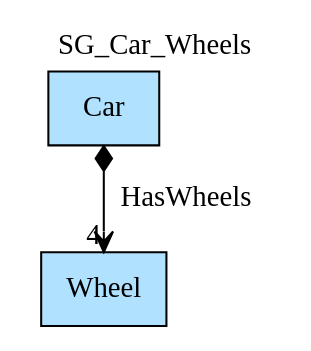
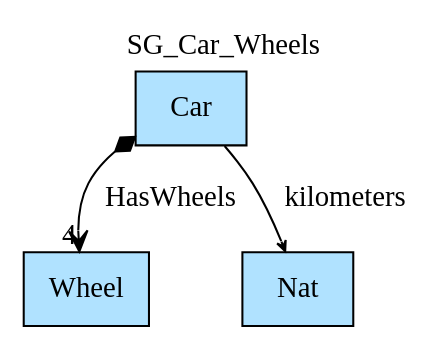
Before and after one commit to namalio/Fragmenta: the diagram in Haskell/FragmentaTests/VehicleParts/img/SG_Car_Wheels.gv, drawn with Graphviz. The commit also changed 161 other files, not shown here.

```diff
--- a/Haskell/FragmentaTests/VehicleParts/img/SG_Car_Wheels.gv
+++ b/Haskell/FragmentaTests/VehicleParts/img/SG_Car_Wheels.gv
@@ -1,6 +1,8 @@
 digraph {graph[label=SG_Car_Wheels,labelloc=tl,labelfontsize=12];
 "Car"[shape=record,fillcolor=lightskyblue1,style = filled,label="Car"];
 "Wheel"[shape=record,fillcolor=lightskyblue1,style = filled,label="Wheel"];
+"Nat"[shape=record,fillcolor=lightskyblue1,style = filled,label="Nat"];
 
 "Car"->"Wheel"[label="HasWheels",arrowhead=vee,arrowtail=diamond,dir=both,headlabel="4"];
+"Car"->"Nat"[label="kilometers",arrowhead=vee,headlabel="",arrowsize=.5];
 }
```
